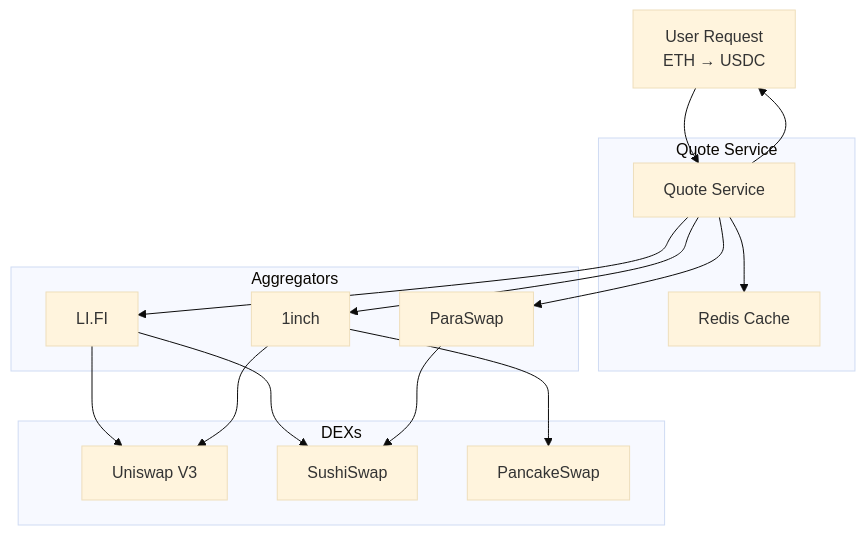
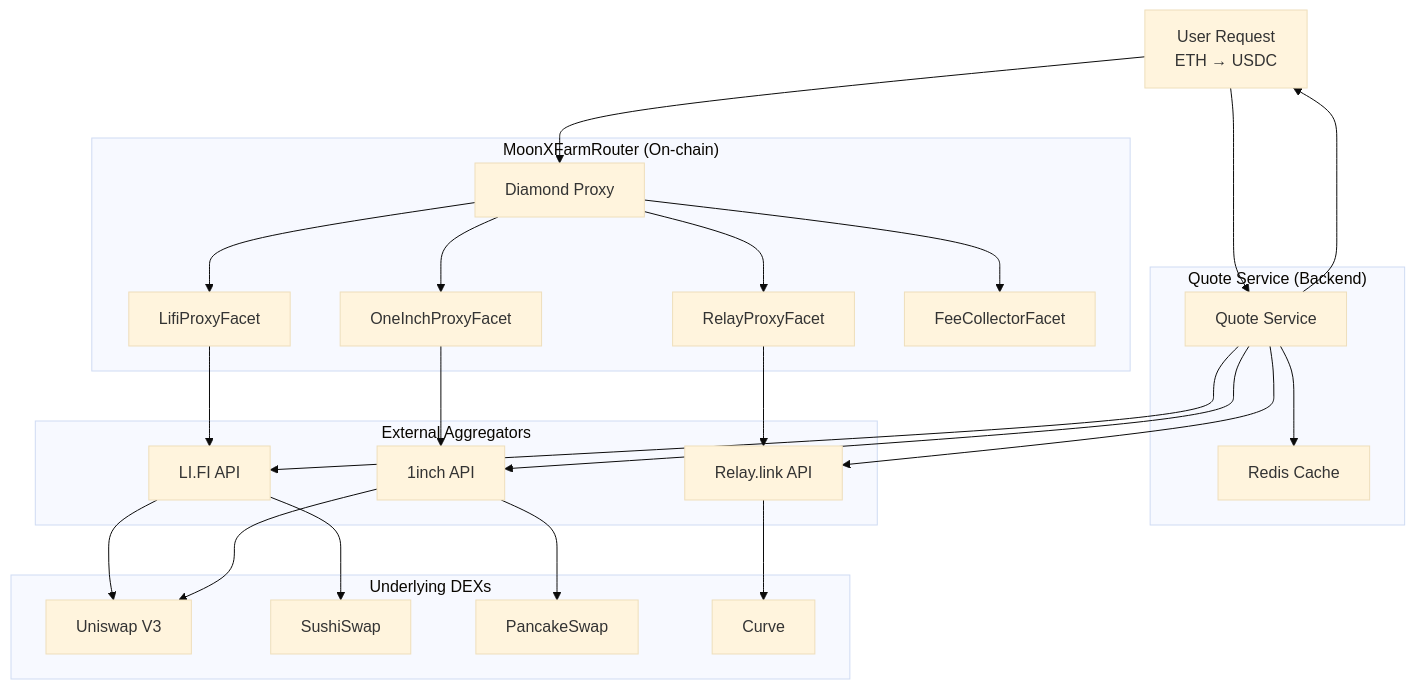
Before and after one commit to 0xsyncroot/moonx-farm: the fourth of 4 diagrams in memory-bank/systemPatterns.md, drawn with Mermaid (base theme). The commit also changed other lines of this file and 16 other files, not shown here.

````diff
--- a/memory-bank/systemPatterns.md
+++ b/memory-bank/systemPatterns.md
@@ -221,35 +231,55 @@
 ```mermaid
 graph TB
     USER[User Request<br/>ETH → USDC]
     
-    subgraph "Quote Service"
+    subgraph "Quote Service (Backend)"
         QS[Quote Service]
         CACHE[Redis Cache]
     end
     
-    subgraph "Aggregators"
-        LIFI[LI.FI]
-        ONEINCH[1inch]
-        PARASWAP[ParaSwap]
+    subgraph "MoonXFarmRouter (On-chain)"
+        ROUTER[Diamond Proxy]
+        LIFI_FACET[LifiProxyFacet]
+        ONEINCH_FACET[OneInchProxyFacet]
+        RELAY_FACET[RelayProxyFacet]
+        FEE_FACET[FeeCollectorFacet]
     end
     
-    subgraph "DEXs"
+    subgraph "External Aggregators"
+        LIFI[LI.FI API]
+        ONEINCH[1inch API]
+        RELAY[Relay.link API]
+    end
+    
+    subgraph "Underlying DEXs"
         UNI[Uniswap V3]
         SUSHI[SushiSwap]
         PANCAKE[PancakeSwap]
+        CURVE[Curve]
     end
     
     USER --> QS
     QS --> CACHE
     QS --> LIFI
     QS --> ONEINCH
-    QS --> PARASWAP
+    QS --> RELAY
+    
+    QS --> USER
+    USER --> ROUTER
+    
+    ROUTER --> LIFI_FACET
+    ROUTER --> ONEINCH_FACET
+    ROUTER --> RELAY_FACET
+    
+    LIFI_FACET --> LIFI
+    ONEINCH_FACET --> ONEINCH
+    RELAY_FACET --> RELAY
     
     LIFI --> UNI
     LIFI --> SUSHI
     ONEINCH --> UNI
     ONEINCH --> PANCAKE
-    PARASWAP --> SUSHI
+    RELAY --> CURVE
     
-    QS --> USER
+    ROUTER --> FEE_FACET
 ```
````
